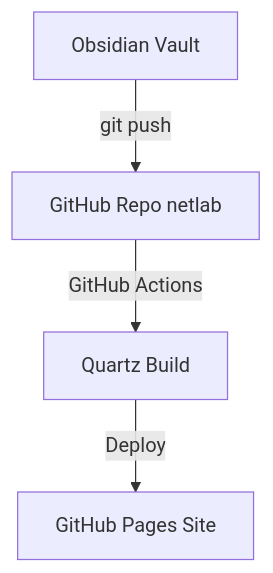
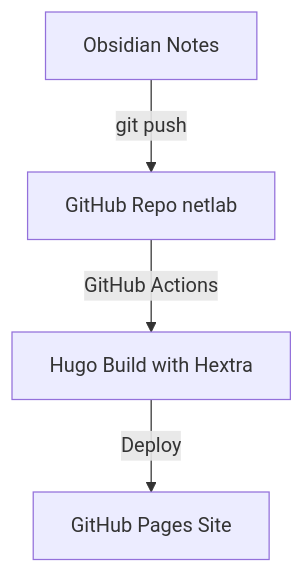
The diagram in content/guides/obsidian-guide.md (nikpsov/netlab), drawn with Mermaid before and after one commit. The commit also changed other lines of this file and 285 other files, not shown here.

Commit message:
feat: migrate NetLab site to Hugo with Hextra theme

````diff
--- a/content/guides/obsidian-guide.md
+++ b/content/guides/obsidian-guide.md
@@ -41,6 +30,6 @@
 ```mermaid
 graph TD
-    A[Obsidian Vault] -->|git push| B[GitHub Repo netlab]
-    B -->|GitHub Actions| C[Quartz Build]
+    A[Obsidian Notes] -->|git push| B[GitHub Repo netlab]
+    B -->|GitHub Actions| C[Hugo Build with Hextra]
     C -->|Deploy| D[GitHub Pages Site]
 ```
````
